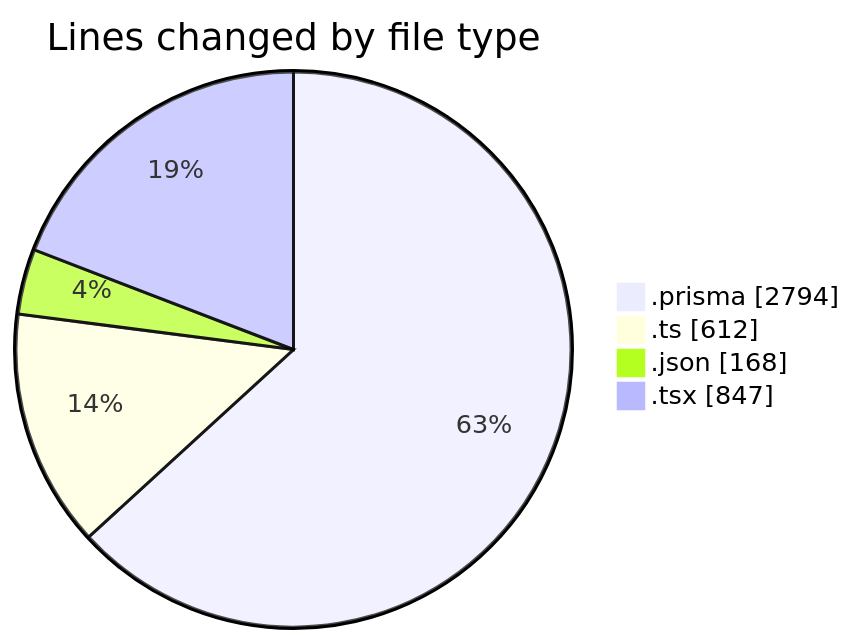
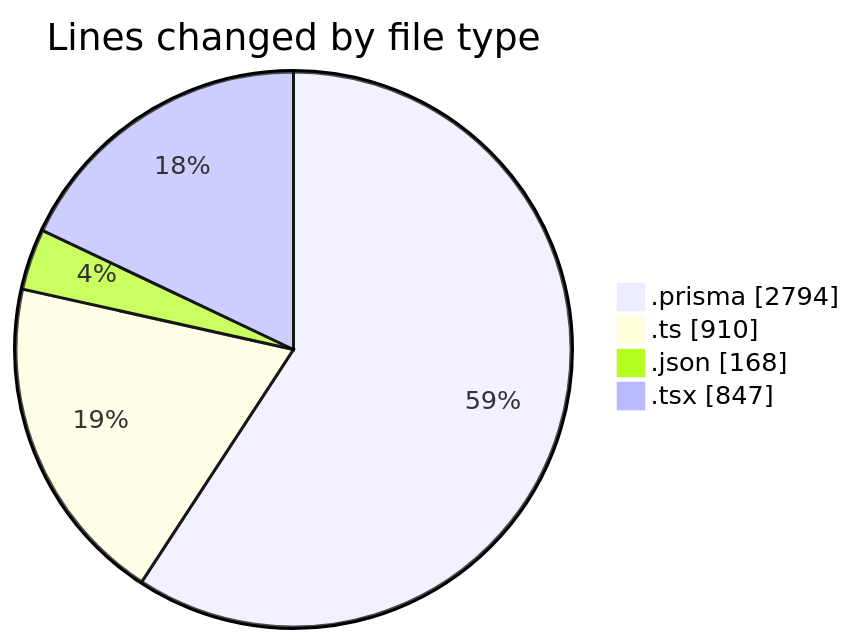
One commit to CELIANVF/code-tracking changed the first of 2 diagrams in 2025-05-01/ecodeli/README.md. Above: the diagram before and after it, drawn with Mermaid. The commit also changed other lines of this file and 1 other file, not shown here.

````diff
--- a/2025-05-01/ecodeli/README.md
+++ b/2025-05-01/ecodeli/README.md
@@ -27,8 +28,8 @@
 ```mermaid
 pie showData
 title Lines changed by file type
 ".prisma" : 2794
-".ts" : 612
+".ts" : 910
 ".json" : 168
 ".tsx" : 847
 ```
````
